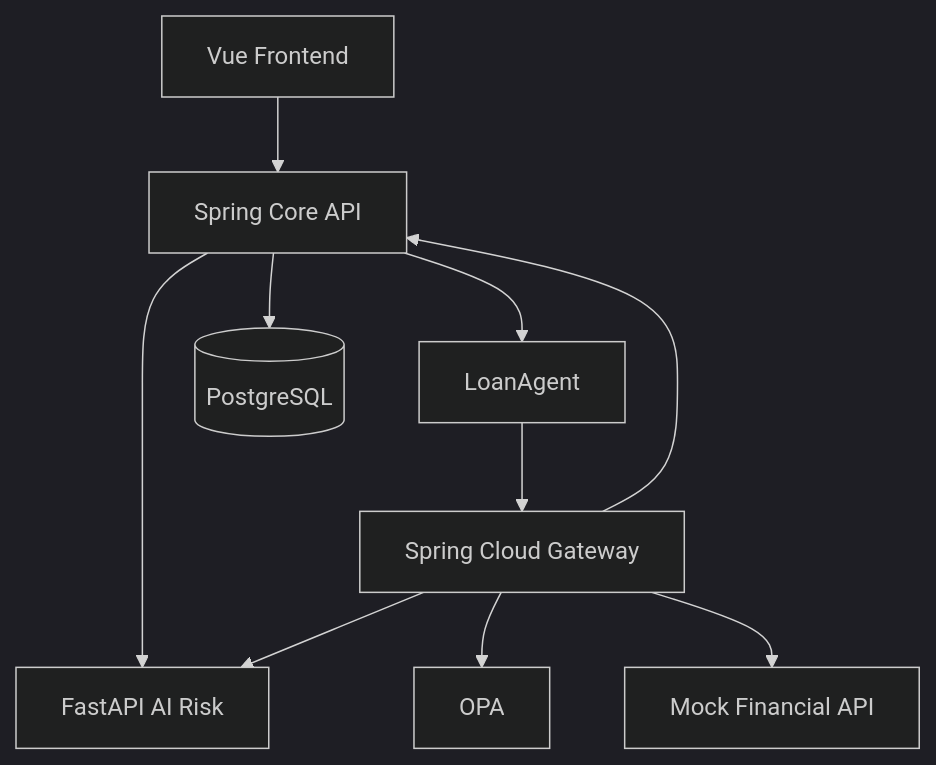
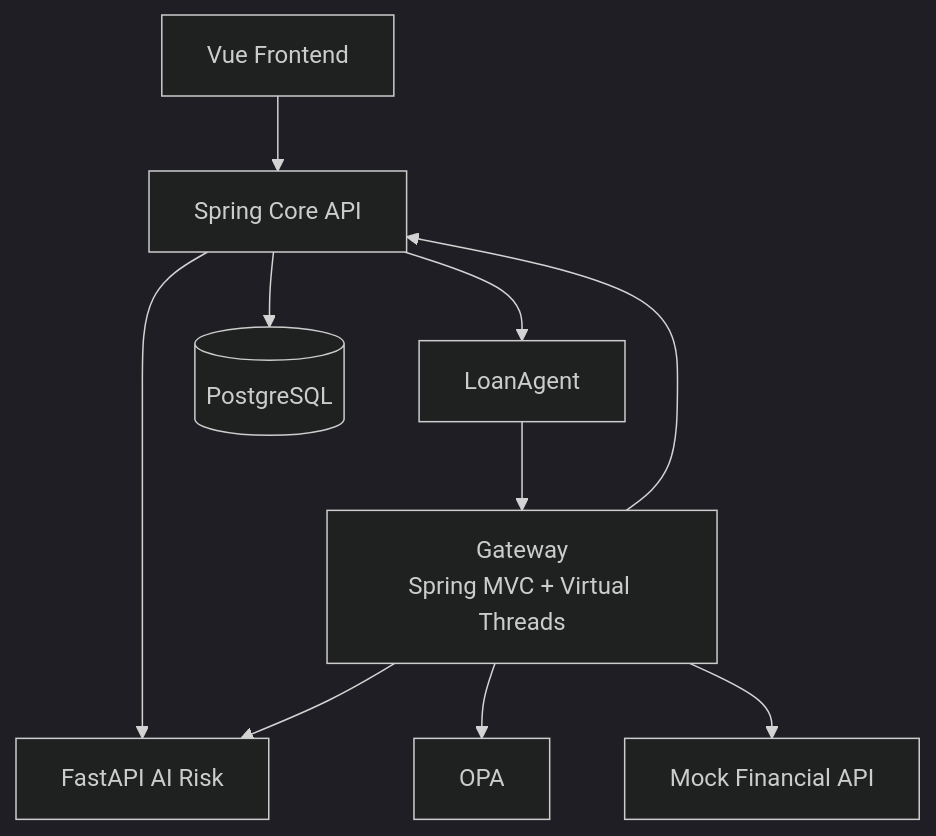
One commit to FinGuardName/FinBound changed the fifth of 5 diagrams in docs/02-architecture.md. Above: the diagram before and after it, drawn with Mermaid (dark theme). The commit also changed other lines of this file and 1 other file, not shown here.

First line of the commit message:
docs: Gateway 스택 결정을 ADR로 기록하고 명칭을 정리

````diff
--- a/docs/02-architecture.md
+++ b/docs/02-architecture.md
@@ -342,21 +342,21 @@
 ```mermaid
 flowchart TD
     FE[Vue Frontend]
     CORE[Spring Core API]
-    GW[Spring Cloud Gateway]
+    GW[Gateway<br/>Spring MVC + Virtual Threads]
     AG[LoanAgent]
     AI[FastAPI AI Risk]
     OPA[OPA]
     MF[Mock Financial API]
     DB[(PostgreSQL)]
 
     FE --> CORE
     CORE --> AG
     AG --> GW
     GW --> CORE
     CORE --> AI
     GW --> AI
     GW --> OPA
     GW --> MF
     CORE --> DB
 ```
````
